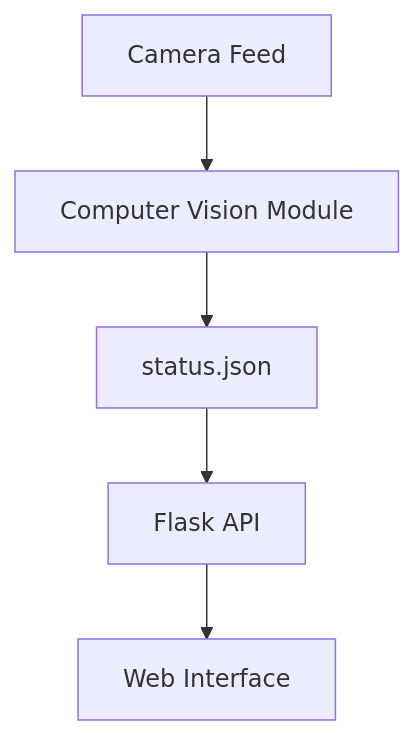
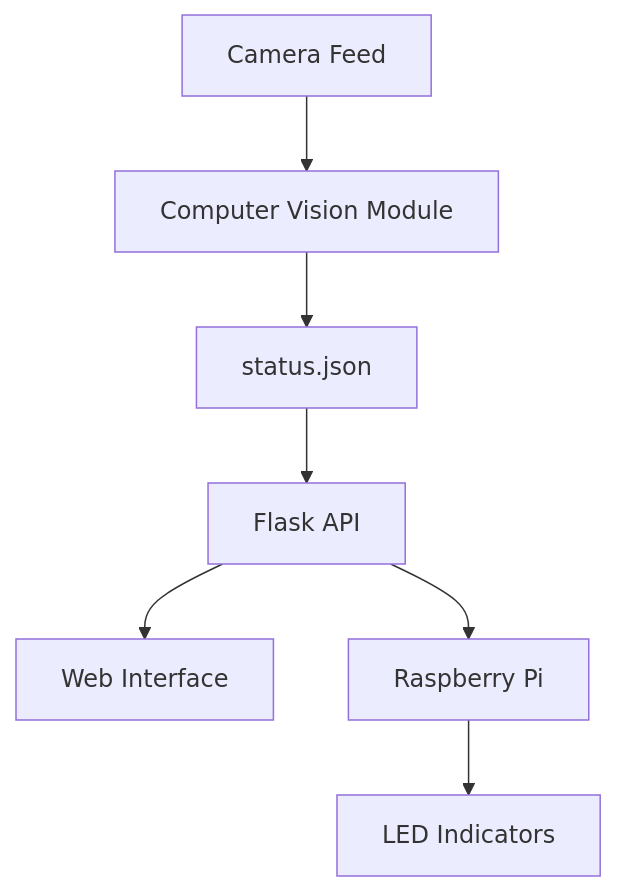
One commit to Yae-sine/Smart-Parking-Management-System changed the diagram in README.md. Above: the diagram before and after it, drawn with Mermaid.

````diff
--- a/README.md
+++ b/README.md
@@ -38,7 +38,9 @@
 ```mermaid
 graph TD
     A[Camera Feed] --> B[Computer Vision Module]
     B --> C[status.json]
     C --> D[Flask API]
     D --> E[Web Interface]
+    D --> F[Raspberry Pi]
+    F --> G[LED Indicators]
 ```
````
